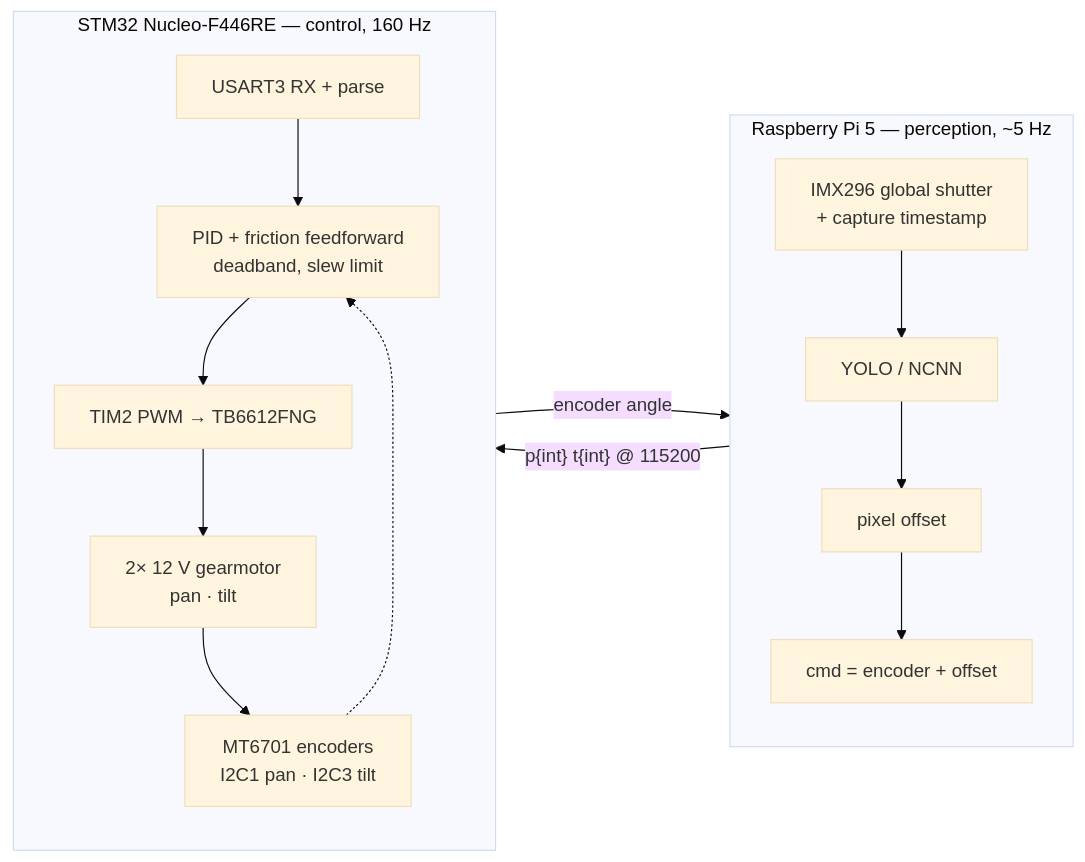
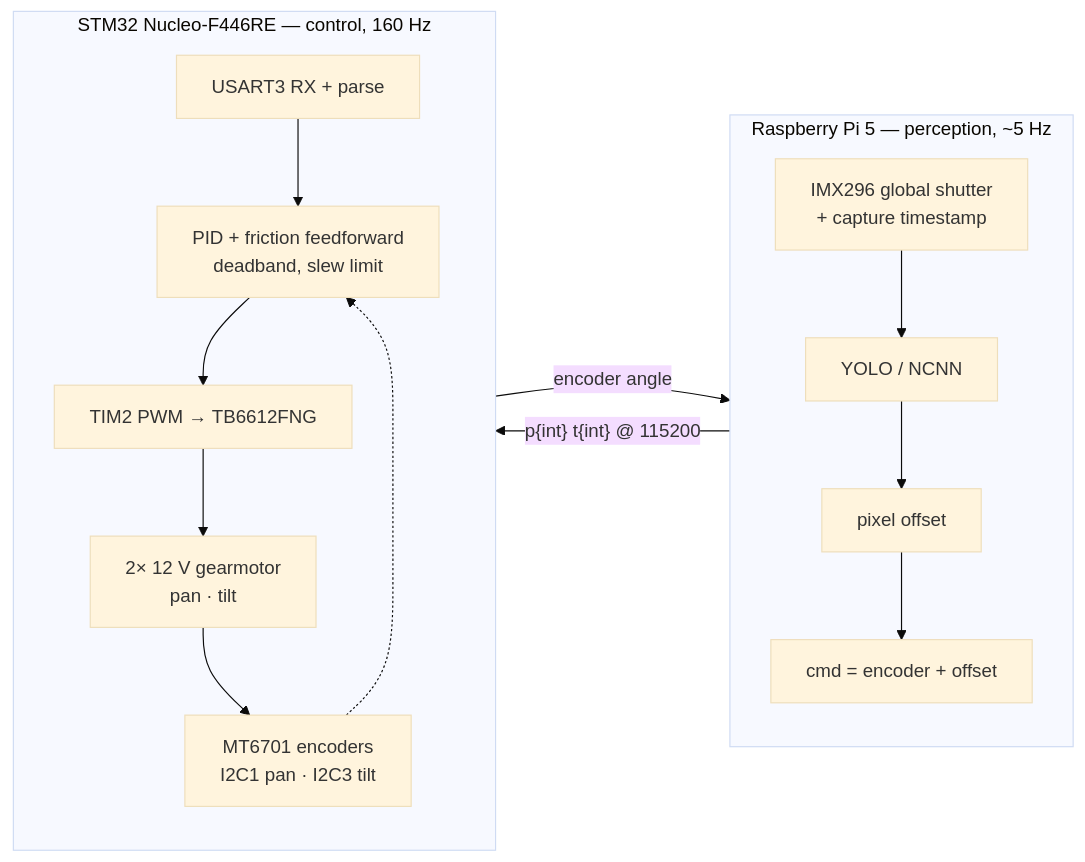
One commit to sam-lindwall/turret-v2 changed the diagram in README.md. Above: the diagram before and after it, drawn with Mermaid (base theme).

Commit message:
Update README with new command details
Added a new command for RX in the README.

````diff
--- a/README.md
+++ b/README.md
@@ -18,25 +18,26 @@
 ```mermaid
 flowchart LR
     subgraph PI["Raspberry Pi 5 — perception, ~5 Hz"]
         direction TB
         CAM["IMX296 global shutter<br/>+ capture timestamp"]
         YOLO["YOLO / NCNN"]
         OFF["pixel offset"]
         CMD["cmd = encoder + offset"]
         CAM --> YOLO --> OFF --> CMD
     end
 
     subgraph STM["STM32 Nucleo-F446RE — control, 160 Hz"]
         direction TB
         RX["USART3 RX + parse"]
         LOOP["PID + friction feedforward<br/>deadband, slew limit"]
         PWM["TIM2 PWM → TB6612FNG"]
         MOT["2× 12 V gearmotor<br/>pan · tilt"]
         ENC["MT6701 encoders<br/>I2C1 pan · I2C3 tilt"]
         RX --> LOOP --> PWM --> MOT --> ENC
         ENC -.-> LOOP
     end
 
     CMD -- "p{int} t{int} @ 115200" --> RX
     ENC -- "encoder angle" --> CMD
+    CMD ~~~ RX
 ```
````
